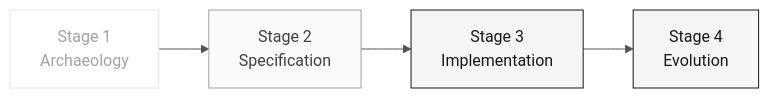
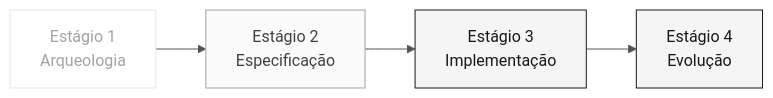
Before and after one commit to paulasilvatech/datacorp-sifap-team-kit-pt-br: the diagram in 05-personas/05-technical-lead/PERSONA.md, drawn with Mermaid. The commit also changed other lines of this file and 361 other files, not shown here.

````diff
--- a/05-personas/05-technical-lead/PERSONA.md
+++ b/05-personas/05-technical-lead/PERSONA.md
@@ -32,11 +32,11 @@
 ```mermaid
 %%{init: {'theme':'neutral','themeVariables':{'fontFamily':'ui-sans-serif, system-ui, sans-serif','primaryColor':'#F5F5F5','primaryTextColor':'#171717','primaryBorderColor':'#171717','lineColor':'#525252','secondaryColor':'#FFFFFF','tertiaryColor':'#FAFAFA','background':'#FFFFFF'}}}%%
 flowchart LR
     classDef active fill:#F5F5F5,stroke:#171717,color:#171717
     classDef support fill:#FAFAFA,stroke:#A3A3A3,color:#404040
     classDef inactive fill:#FFFFFF,stroke:#E5E5E5,color:#A3A3A3
 
-    E1["Stage 1<br/>Archaeology"]:::inactive --> E2["Stage 2<br/>Specification"]:::support
-    E2 --> E3["Stage 3<br/>Implementation"]:::active
-    E3 --> E4["Stage 4<br/>Evolution"]:::active
+    E1["Estágio 1<br/>Arqueologia"]:::inactive --> E2["Estágio 2<br/>Especificação"]:::support
+    E2 --> E3["Estágio 3<br/>Implementação"]:::active
+    E3 --> E4["Estágio 4<br/>Evolução"]:::active
 ```
````
